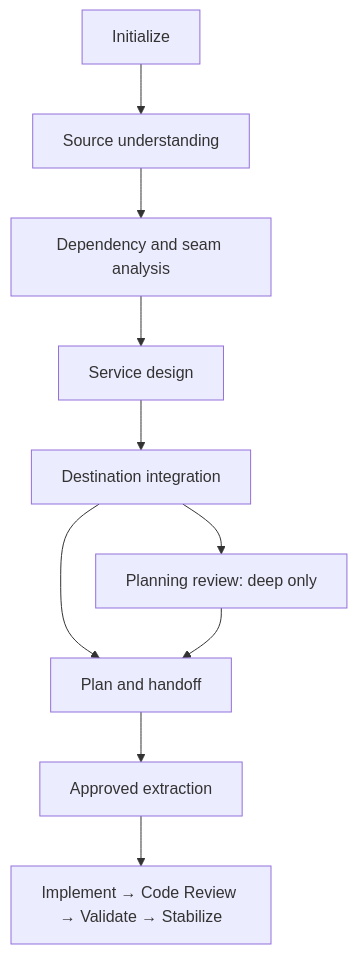
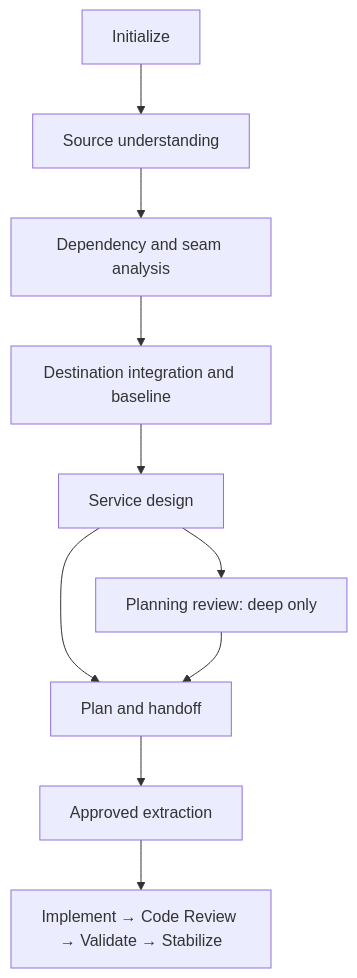
One commit to daniel-galvan/ai-engineering-workflow-framework changed the sixth of 6 diagrams in PLAYBOOK_CATALOG.md. Above: the diagram before and after it, drawn with Mermaid. The commit also changed other lines of this file and 7 other files, not shown here.

````diff
--- a/PLAYBOOK_CATALOG.md
+++ b/PLAYBOOK_CATALOG.md
@@ -137,12 +137,12 @@
 ```mermaid
 flowchart TB
     A["Initialize"] --> B["Source understanding"]
     B --> C["Dependency and seam analysis"]
-    C --> D["Service design"]
-    D --> E["Destination integration"]
+    C --> D["Destination integration and baseline"]
+    D --> E["Service design"]
     E --> F["Planning review: deep only"]
     E --> G["Plan and handoff"]
     F --> G["Plan and handoff"]
     G --> H["Approved extraction"]
     H --> I["Implement → Code Review → Validate → Stabilize"]
 ```
````
